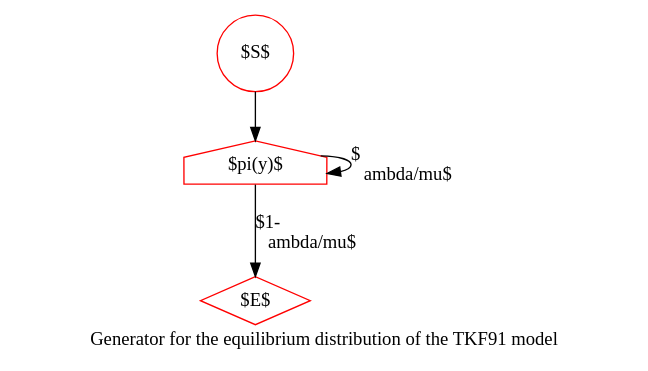
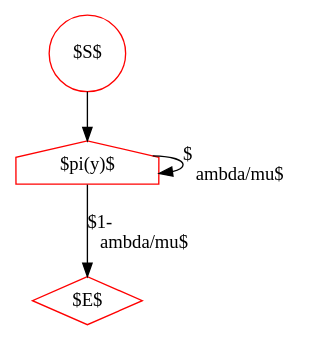
The diagram in tkf91-root.dot (ihh/transducer-tutorial), drawn with Graphviz before and after one commit. The commit also changed 35 other files, not shown here.

Commit message:
Moving to automatic generation of state diagrams

```diff
--- a/tkf91-root.dot
+++ b/tkf91-root.dot
@@ -1,12 +1,12 @@
 digraph G {
     S [label="$S$", shape=circle, color=red];
     E [label="$E$", shape=diamond, color=red];
 
     I [label="$\pi(y)$", shape=house, color=red];
 
 S->I;
 I->I [label="$\lambda/\mu$"];
 I->E [label="$1-\lambda/\mu$"];
 
-    label="Generator for the equilibrium distribution of the TKF91 model";
+
 }
```
